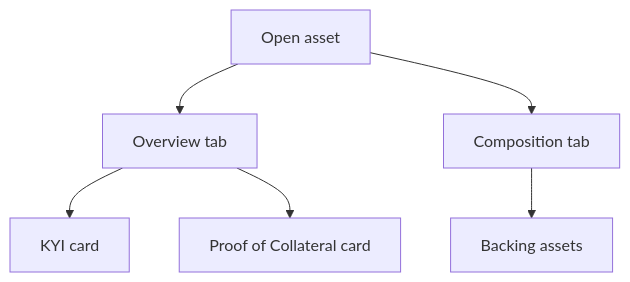
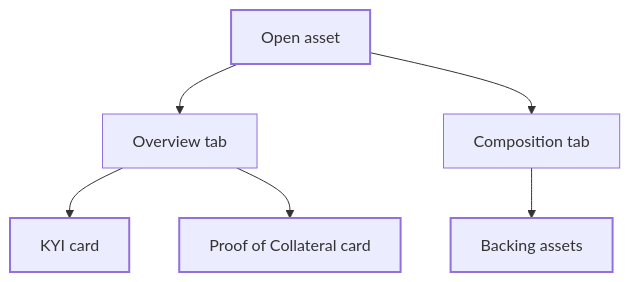
Before and after one commit to blupryntco/docs: the diagram in passport/asset-page.mdx, drawn with Mermaid. The commit also changed 54 other files, not shown here.

Commit message:
Diagrams in site palette with dark mode; Developers overview for SDK + both APIs

````diff
--- a/passport/asset-page.mdx
+++ b/passport/asset-page.mdx
@@ -21,8 +21,12 @@
 ```mermaid
 flowchart TD
   A[Open asset] --> B[Overview tab]
   B --> C[KYI card]
   B --> D[Proof of Collateral card]
   A --> E[Composition tab]
   E --> F[Backing assets]
+classDef start stroke-width:2px
+classDef done stroke-width:2px
+class A start
+class C,D,F done
 ```
````
